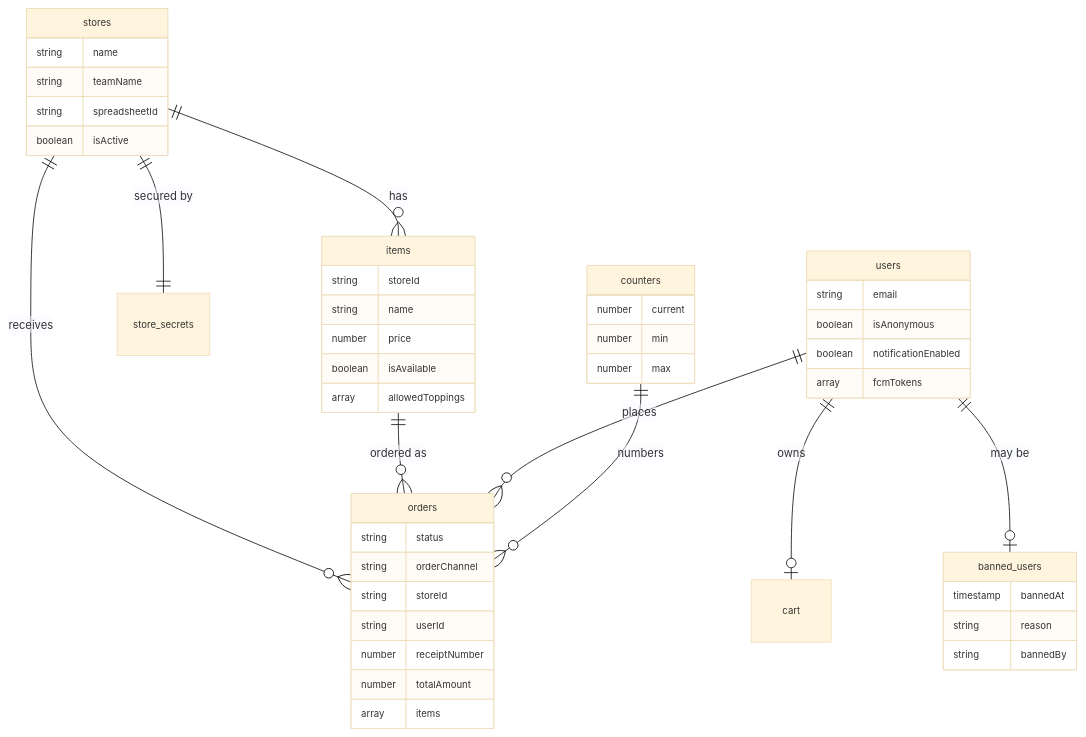
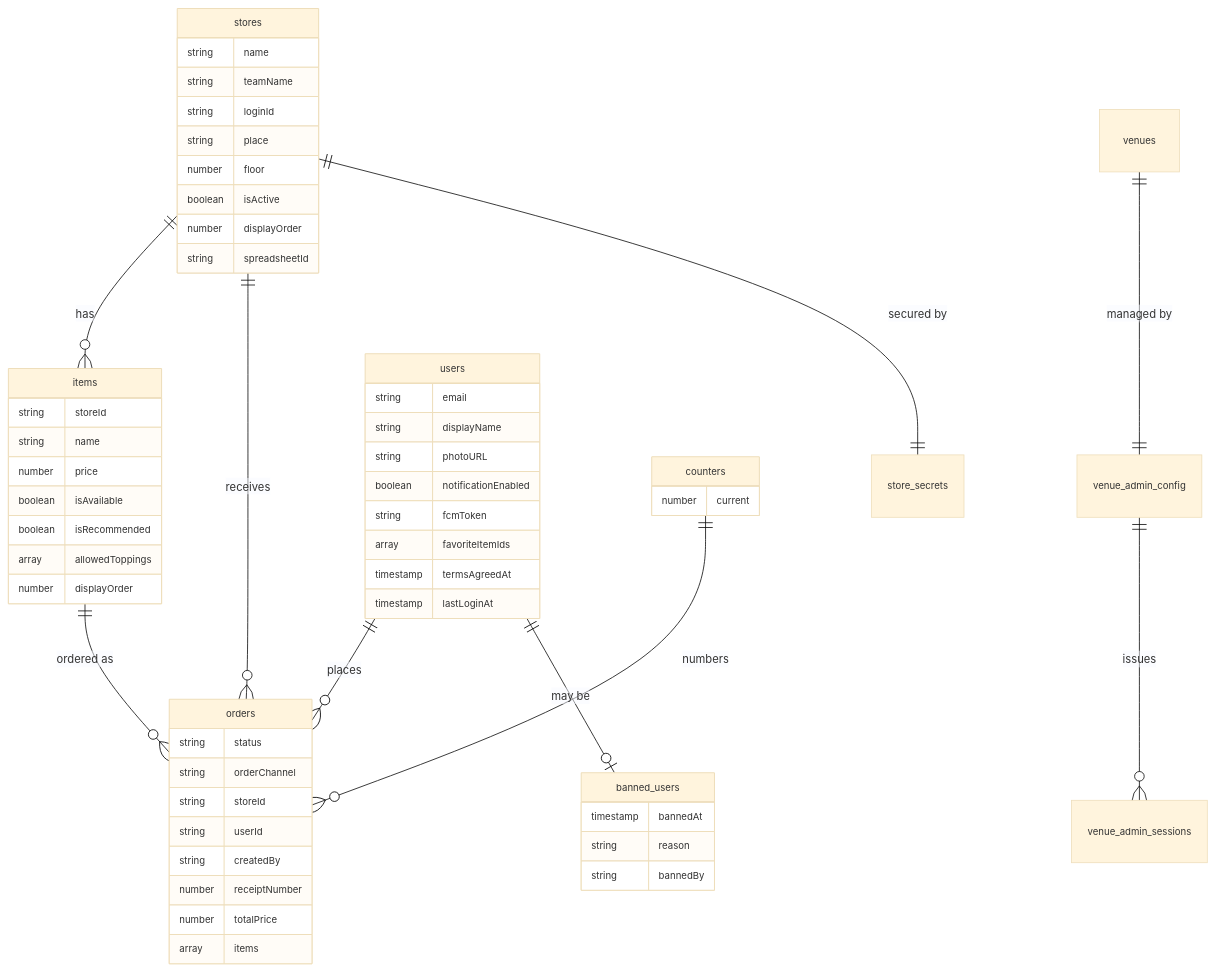
One commit to ynr-cs/nanryosai2026 changed the second of 2 diagrams in 設計図/sandbox/第4章.md. Above: the diagram before and after it, drawn with Mermaid. The commit also changed other lines of this file and 7 other files, not shown here.

````diff
--- a/設計図/sandbox/第4章.md
+++ b/設計図/sandbox/第4章.md
@@ -457,59 +630,70 @@
 ```mermaid
 %%{init: {'theme': 'base', 'themeVariables': { 'fontSize': '12px' }}}%%
 erDiagram
     stores ||--o{ items : "has"
     stores ||--o{ orders : "receives"
     stores ||--|| store_secrets : "secured by"
-    
+
     items ||--o{ orders : "ordered as"
-    
+
     users ||--o{ orders : "places"
-    users ||--o| cart : "owns"
     users ||--o| banned_users : "may be"
-    
+
     counters ||--o{ orders : "numbers"
-    
+
+    venues ||--|| venue_admin_config : "managed by"
+    venue_admin_config ||--o{ venue_admin_sessions : "issues"
+
     stores {
         string name
         string teamName
+        string loginId
+        string place
+        number floor
+        boolean isActive
+        number displayOrder
         string spreadsheetId
-        boolean isActive
     }
-    
+
     items {
         string storeId
         string name
         number price
         boolean isAvailable
+        boolean isRecommended
         array allowedToppings
+        number displayOrder
     }
-    
+
     orders {
         string status
         string orderChannel
         string storeId
         string userId
+        string createdBy
         number receiptNumber
-        number totalAmount
+        number totalPrice
         array items
     }
-    
+
     users {
         string email
-        boolean isAnonymous
+        string displayName
+        string photoURL
         boolean notificationEnabled
-        array fcmTokens
+        string fcmToken
+        array favoriteItemIds
+        timestamp termsAgreedAt
+        timestamp lastLoginAt
     }
-    
+
     banned_users {
         timestamp bannedAt
         string reason
         string bannedBy
     }
-    
+
     counters {
         number current
-        number min
-        number max
     }
 ```
````
